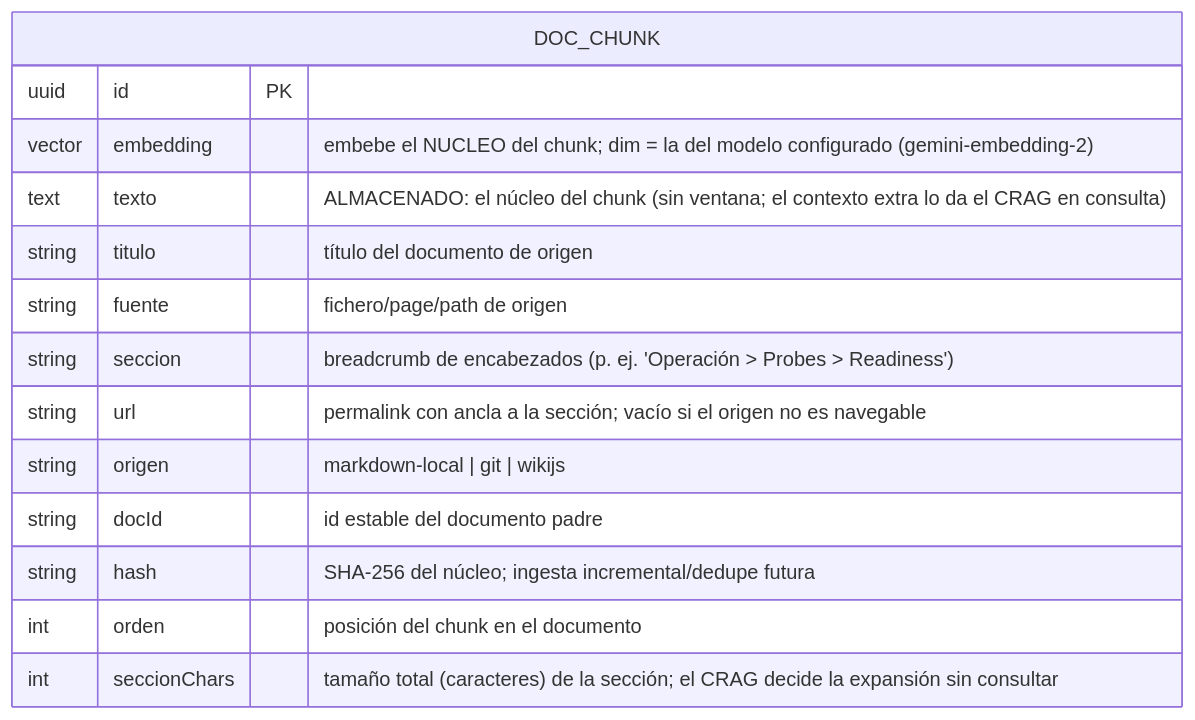
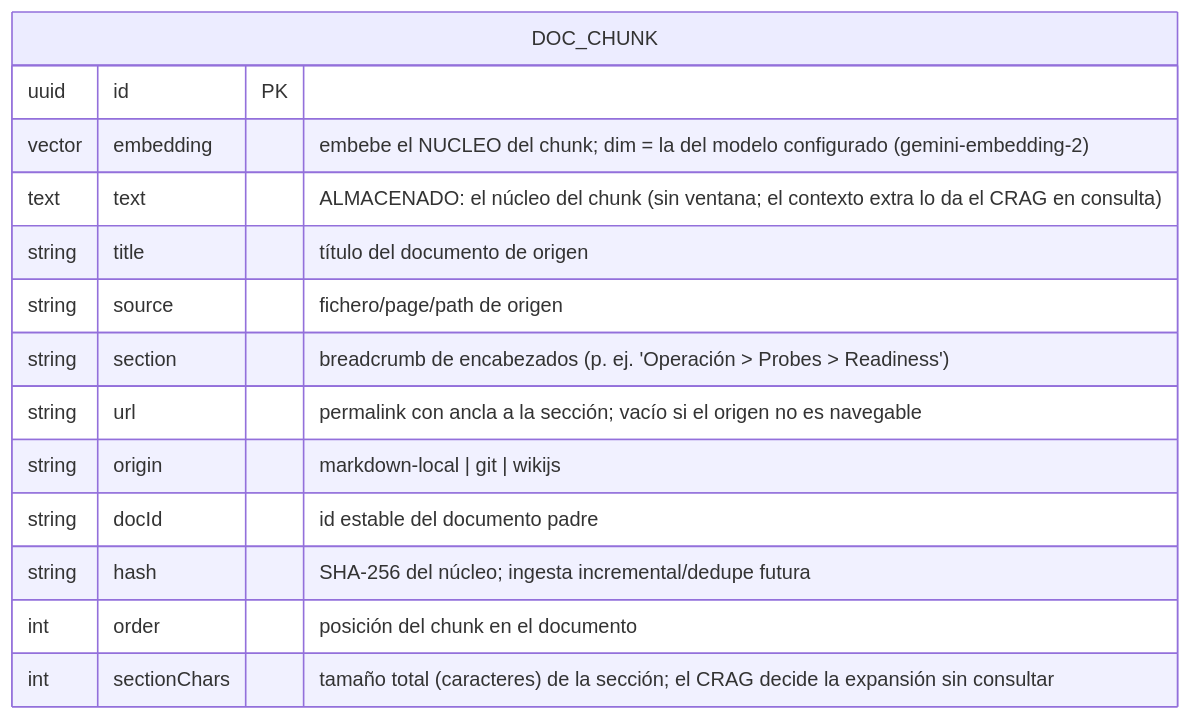
Before and after one commit to mikel0ne/ai-platform-portfolio: the diagram in autoops/docs/arquitectura/05-contratos-api-datos.md, drawn with Mermaid. The commit also changed other lines of this file and 40 other files, not shown here.

````diff
--- a/autoops/docs/arquitectura/05-contratos-api-datos.md
+++ b/autoops/docs/arquitectura/05-contratos-api-datos.md
@@ -127,17 +146,17 @@
 ```mermaid
 erDiagram
     DOC_CHUNK {
         uuid   id PK
         vector embedding "embebe el NUCLEO del chunk; dim = la del modelo configurado (gemini-embedding-2)"
-        text   texto "ALMACENADO: el núcleo del chunk (sin ventana; el contexto extra lo da el CRAG en consulta)"
-        string titulo "título del documento de origen"
-        string fuente "fichero/page/path de origen"
-        string seccion "breadcrumb de encabezados (p. ej. 'Operación > Probes > Readiness')"
+        text   text "ALMACENADO: el núcleo del chunk (sin ventana; el contexto extra lo da el CRAG en consulta)"
+        string title "título del documento de origen"
+        string source "fichero/page/path de origen"
+        string section "breadcrumb de encabezados (p. ej. 'Operación > Probes > Readiness')"
         string url "permalink con ancla a la sección; vacío si el origen no es navegable"
-        string origen "markdown-local | git | wikijs"
+        string origin "markdown-local | git | wikijs"
         string docId "id estable del documento padre"
         string hash "SHA-256 del núcleo; ingesta incremental/dedupe futura"
-        int    orden "posición del chunk en el documento"
-        int    seccionChars "tamaño total (caracteres) de la sección; el CRAG decide la expansión sin consultar"
+        int    order "posición del chunk en el documento"
+        int    sectionChars "tamaño total (caracteres) de la sección; el CRAG decide la expansión sin consultar"
     }
 ```
````
